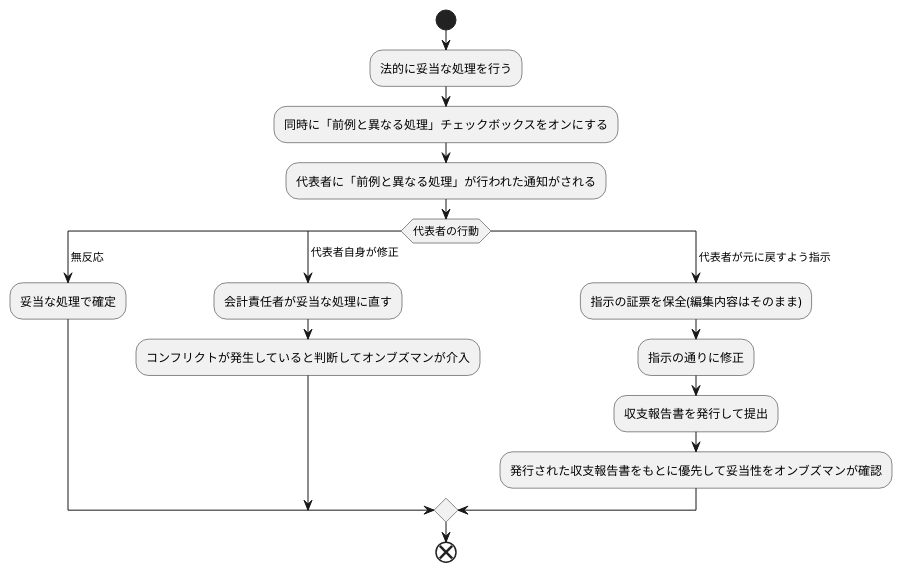
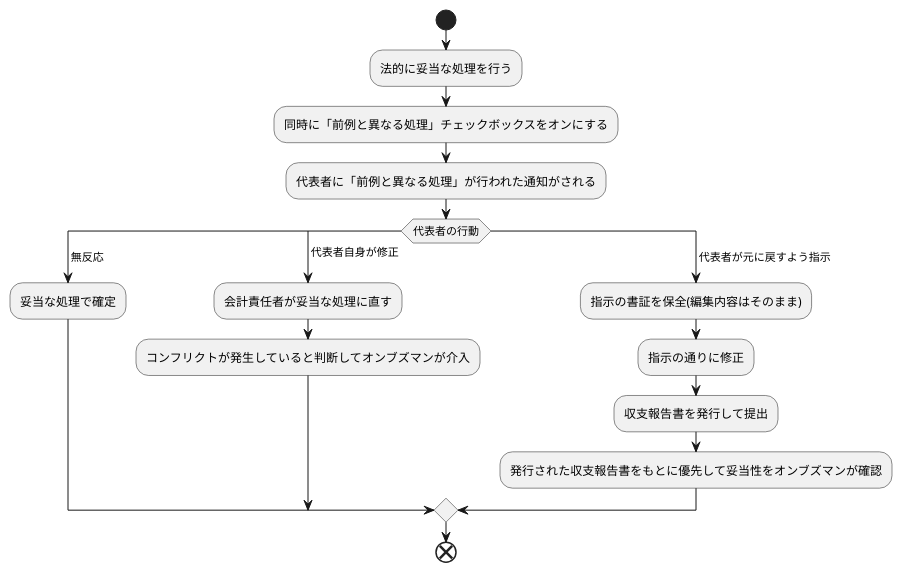
Before and after one commit to chiwa2023/create-politician-balance-report: the first of 2 diagrams in README.md, drawn with PlantUML. The commit also changed other lines of this file and 44 other files, not shown here.

````diff
--- a/README.md
+++ b/README.md
@@ -40,24 +40,24 @@
 ```plantuml
 @startuml
 start
 
 :法的に妥当な処理を行う;
 :同時に「前例と異なる処理」チェックボックスをオンにする;
 :代表者に「前例と異なる処理」が行われた通知がされる;
 
 switch (代表者の行動)
 case ( 無反応 )
 :妥当な処理で確定;
 case ( 代表者自身が修正 )
 :会計責任者が妥当な処理に直す;
 :コンフリクトが発生していると判断してオンブズマンが介入;
 case ( 代表者が元に戻すよう指示 )
-:指示の証票を保全(編集内容はそのまま);
+:指示の書証を保全(編集内容はそのまま);
 :指示の通りに修正;
 :収支報告書を発行して提出;
 :発行された収支報告書をもとに優先して妥当性をオンブズマンが確認;
 endswitch
 
 end
 @enduml
 ```
````
